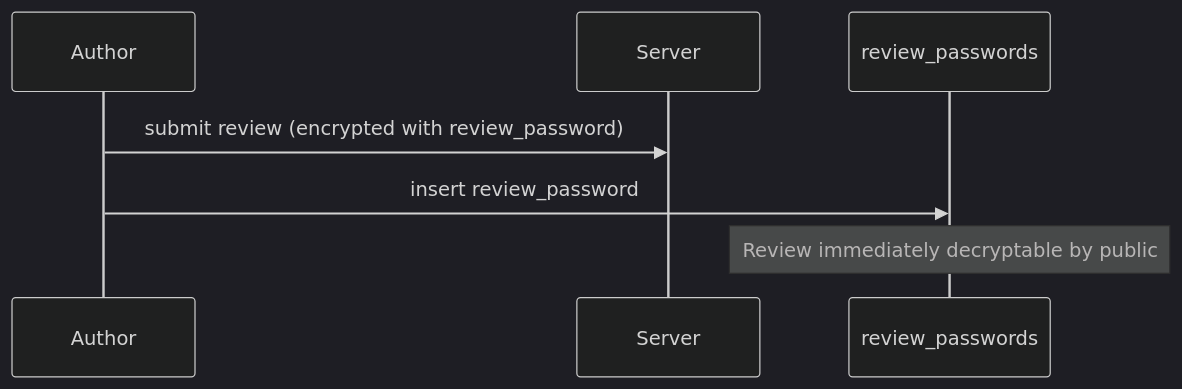
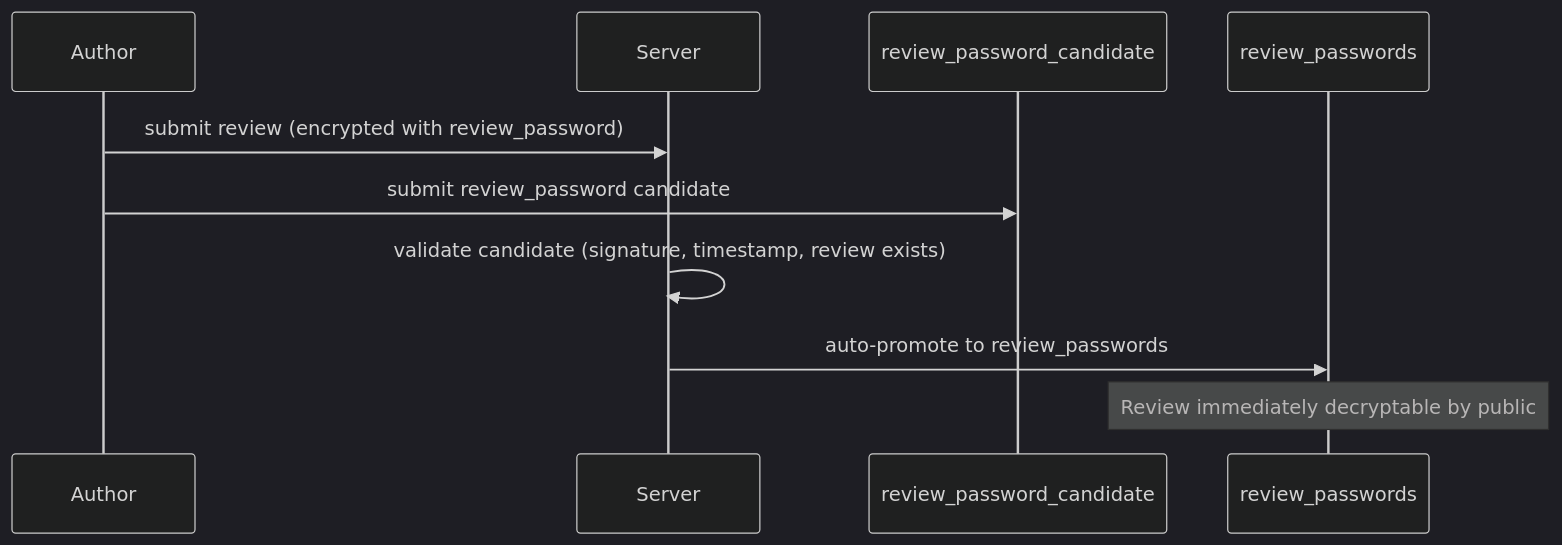
The second of 4 diagrams in docs/proposal/reviews.md (Buckitup-chat/chat), drawn with Mermaid (dark theme) before and after one commit. The commit also changed other lines of this file, not shown here.

````diff
--- a/docs/proposal/reviews.md
+++ b/docs/proposal/reviews.md
@@ -140,10 +141,13 @@
 ```mermaid
 sequenceDiagram
     participant A as Author
     participant S as Server
+    participant C as review_password_candidate
     participant P as review_passwords
 
     A->>S: submit review (encrypted with review_password)
-    A->>P: insert review_password
+    A->>C: submit review_password candidate
+    S->>S: validate candidate (signature, timestamp, review exists)
+    S->>P: auto-promote to review_passwords
     Note over P: Review immediately decryptable by public
 ```
````
